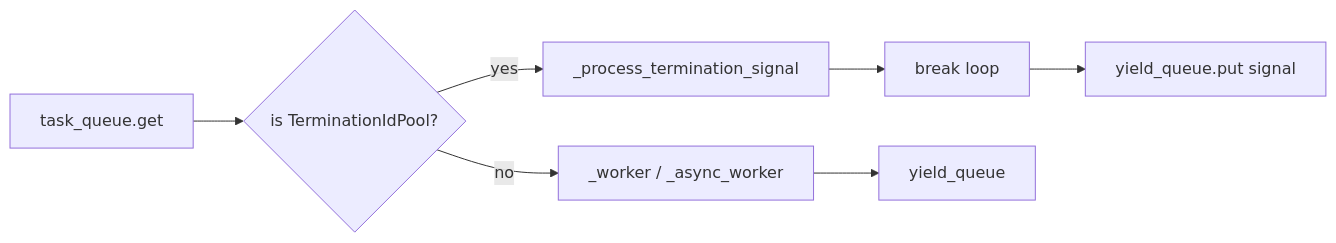
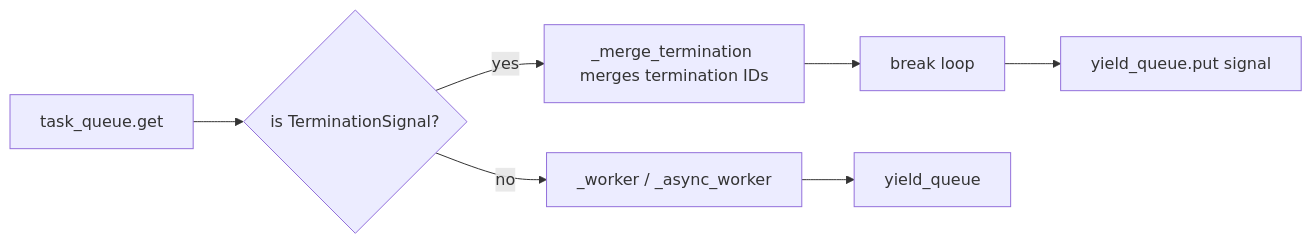
Before and after one commit to Mr-xiaotian/CelestialFlow: the diagram in docs/en/tests/node/test_dispatch.md, drawn with Mermaid. The commit also changed other lines of this file and 157 other files, not shown here.

````diff
--- a/docs/en/tests/node/test_dispatch.md
+++ b/docs/en/tests/node/test_dispatch.md
@@ -64,9 +71,9 @@
 ```mermaid
 flowchart LR
-    In[task_queue.get] --> Sig{is TerminationIdPool?}
-    Sig -- yes --> Merge[_process_termination_signal]
+    In[task_queue.get] --> Sig{is TerminationSignal?}
+    Sig -- yes --> Merge[_merge_termination merges termination IDs]
     Merge --> Break[break loop]
     Sig -- no --> Worker[_worker / _async_worker]
     Worker --> Out[yield_queue]
     Break --> Put[yield_queue.put signal]
 ```
````
